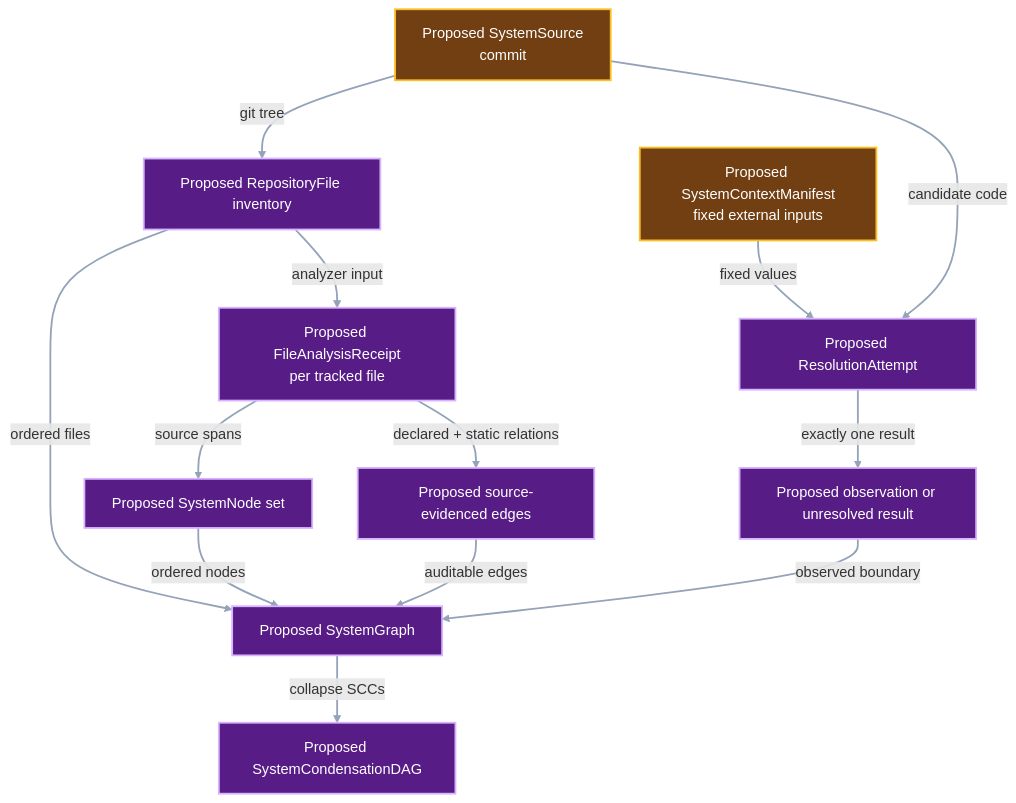
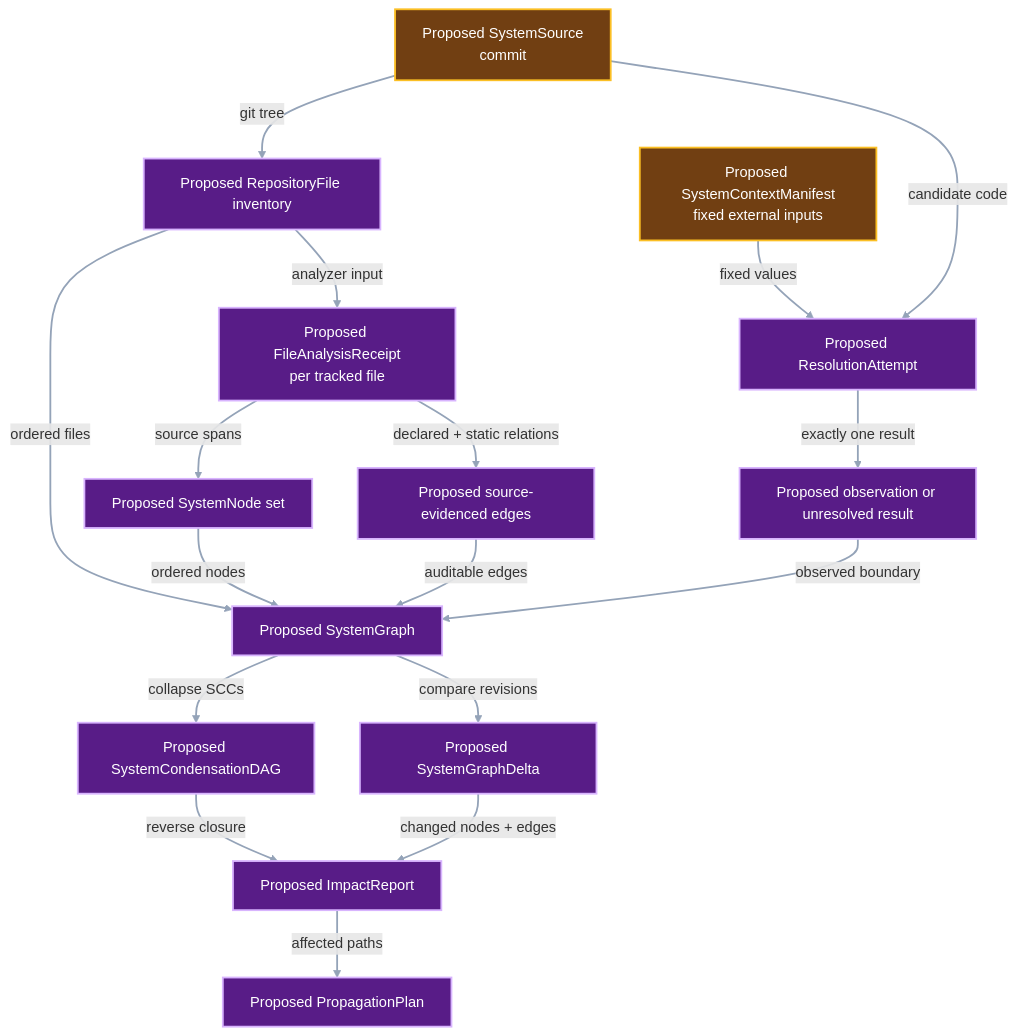
The second of 3 diagrams in docs/development/system-impact-graph.md (pvd232/viper), drawn with Mermaid before and after one commit. The commit also changed other lines of this file and 4 other files, not shown here.

````diff
--- a/docs/development/system-impact-graph.md
+++ b/docs/development/system-impact-graph.md
@@ -154,32 +155,39 @@
 ```mermaid
 flowchart TD
     Source["Proposed SystemSource<br/>commit"]
     Context["Proposed SystemContextManifest<br/>fixed external inputs"]
     Inventory["Proposed RepositoryFile inventory"]
     Analysis["Proposed FileAnalysisReceipt<br/>per tracked file"]
     Nodes["Proposed SystemNode set"]
     Static["Proposed source-evidenced edges"]
     Attempt["Proposed ResolutionAttempt"]
     Outcome["Proposed observation or unresolved result"]
     Graph["Proposed SystemGraph"]
     DAG["Proposed SystemCondensationDAG"]
+    Delta["Proposed SystemGraphDelta"]
+    Report["Proposed ImpactReport"]
+    Plan["Proposed PropagationPlan"]
 
     Source -->|"git tree"| Inventory
     Inventory -->|"analyzer input"| Analysis
     Analysis -->|"source spans"| Nodes
     Analysis -->|"declared + static relations"| Static
     Context -->|"fixed values"| Attempt
     Source -->|"candidate code"| Attempt
     Attempt -->|"exactly one result"| Outcome
     Inventory -->|"ordered files"| Graph
     Nodes -->|"ordered nodes"| Graph
     Static -->|"auditable edges"| Graph
     Outcome -->|"observed boundary"| Graph
     Graph -->|"collapse SCCs"| DAG
+    Graph -->|"compare revisions"| Delta
+    DAG -->|"reverse closure"| Report
+    Delta -->|"changed nodes + edges"| Report
+    Report -->|"affected paths"| Plan
 
     class Source,Context input
-    class Inventory,Analysis,Nodes,Static,Attempt,Outcome,Graph,DAG proposed
+    class Inventory,Analysis,Nodes,Static,Attempt,Outcome,Graph,DAG,Delta,Report,Plan proposed
     classDef input fill:#713f12,stroke:#fbbf24,color:#ffffff,stroke-width:2px
     classDef proposed fill:#581c87,stroke:#d8b4fe,color:#ffffff,stroke-width:2px
     linkStyle default stroke:#94a3b8,stroke-width:2px
 ```
````
